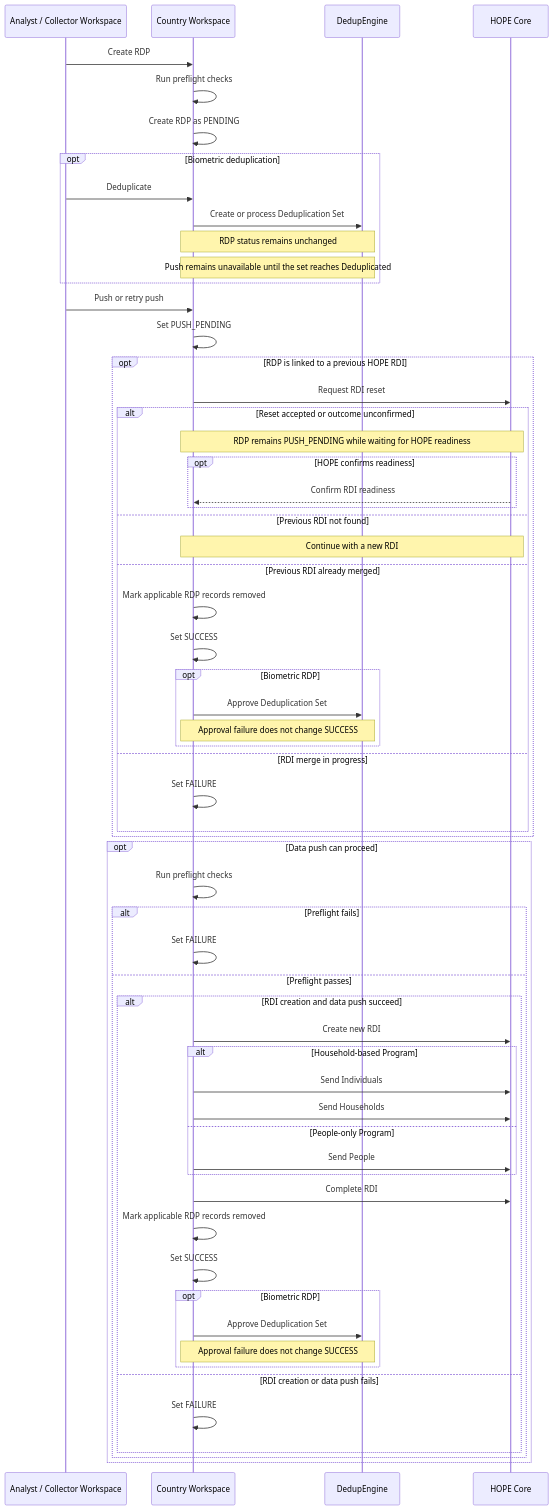
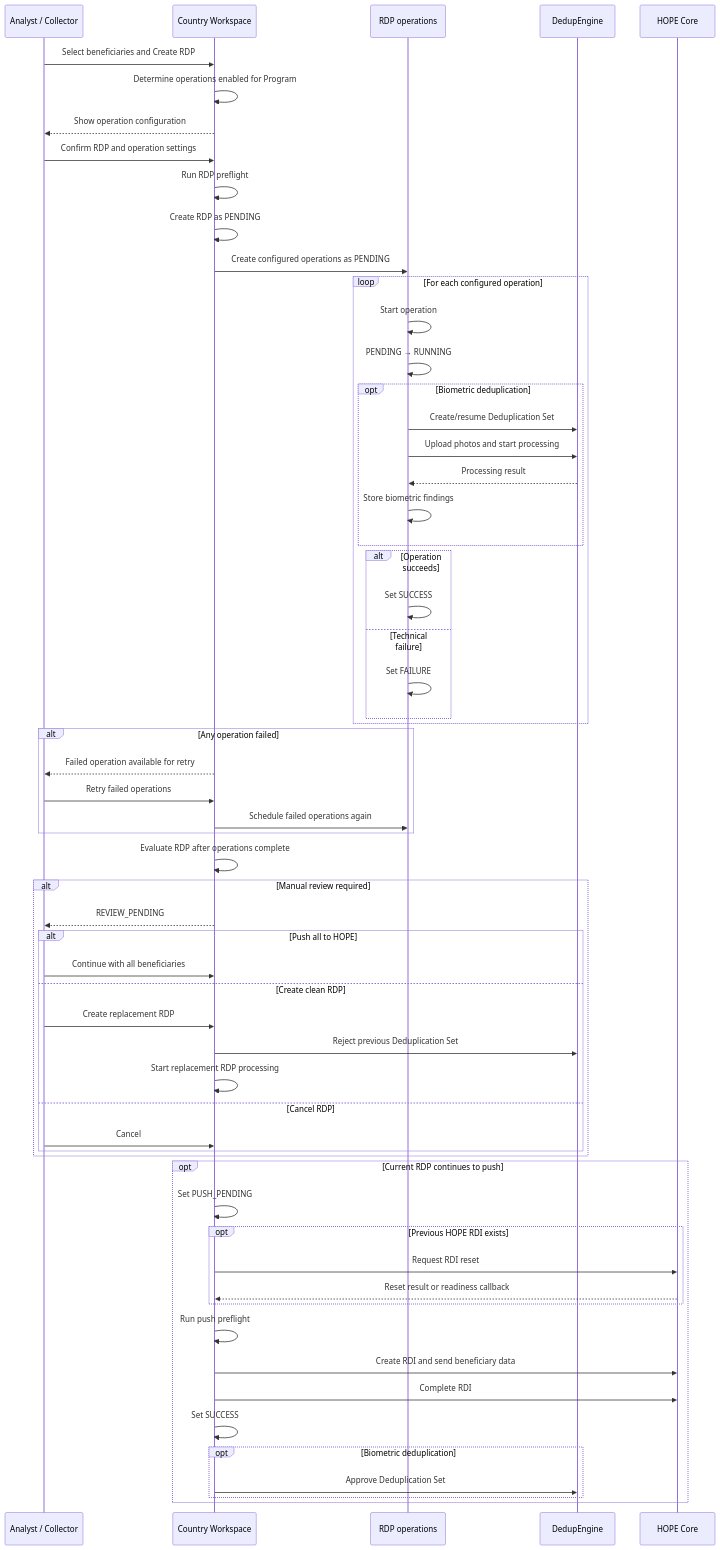
Before and after one commit to unicef/hope-country-workspace: the diagram in docs/src/rdp/processing.md, drawn with Mermaid. The commit also changed other lines of this file and 131 other files, not shown here.

Commit message:
Add RDP biometric review flow and generic operations (#467)

````diff
--- a/docs/src/rdp/processing.md
+++ b/docs/src/rdp/processing.md
@@ -8,75 +9,75 @@
 ```mermaid
 sequenceDiagram
-    participant Workspace as Analyst / Collector Workspace
+    participant User as Analyst / Collector
     participant CW as Country Workspace
+    participant OP as RDP operations
     participant DE as DedupEngine
     participant HOPE as HOPE Core
 
-    Workspace->>CW: Create RDP
-    CW->>CW: Run preflight checks
+    User->>CW: Select beneficiaries and Create RDP
+    CW->>CW: Determine operations enabled for Program
+    CW-->>User: Show operation configuration
+    User->>CW: Confirm RDP and operation settings
+
+    CW->>CW: Run RDP preflight
     CW->>CW: Create RDP as PENDING
+    CW->>OP: Create configured operations as PENDING
 
-    opt Biometric deduplication
-        Workspace->>CW: Deduplicate
-        CW->>DE: Create or process Deduplication Set
-        Note over CW,DE: RDP status remains unchanged
-        Note over CW,DE: Push remains unavailable until the set reaches Deduplicated
-    end
+    loop For each configured operation
+        OP->>OP: Start operation
+        OP->>OP: PENDING → RUNNING
 
-    Workspace->>CW: Push or retry push
-    CW->>CW: Set PUSH_PENDING
+        opt Biometric deduplication
+            OP->>DE: Create/resume Deduplication Set
+            OP->>DE: Upload photos and start processing
+            DE-->>OP: Processing result
+            OP->>OP: Store biometric findings
+        end
 
-    opt RDP is linked to a previous HOPE RDI
-        CW->>HOPE: Request RDI reset
-
-        alt Reset accepted or outcome unconfirmed
-            Note over CW,HOPE: RDP remains PUSH_PENDING while waiting for HOPE readiness
-
-            opt HOPE confirms readiness
-                HOPE-->>CW: Confirm RDI readiness
-            end
-        else Previous RDI not found
-            Note over CW,HOPE: Continue with a new RDI
-        else Previous RDI already merged
-            CW->>CW: Mark applicable RDP records removed
-            CW->>CW: Set SUCCESS
-
-            opt Biometric RDP
-                CW->>DE: Approve Deduplication Set
-                Note over CW,DE: Approval failure does not change SUCCESS
-            end
-        else RDI merge in progress
-            CW->>CW: Set FAILURE
+        alt Operation succeeds
+            OP->>OP: Set SUCCESS
+        else Technical failure
+            OP->>OP: Set FAILURE
         end
     end
 
-    opt Data push can proceed
-        CW->>CW: Run preflight checks
+    alt Any operation failed
+        CW-->>User: Failed operation available for retry
+        User->>CW: Retry failed operations
+        CW->>OP: Schedule failed operations again
+    end
 
-        alt Preflight fails
-            CW->>CW: Set FAILURE
-        else Preflight passes
-            alt RDI creation and data push succeed
-                CW->>HOPE: Create new RDI
+    CW->>CW: Evaluate RDP after operations complete
 
-                alt Household-based Program
-                    CW->>HOPE: Send Individuals
-                    CW->>HOPE: Send Households
-                else People-only Program
-                    CW->>HOPE: Send People
-                end
+    alt Manual review required
+        CW-->>User: REVIEW_PENDING
 
-                CW->>HOPE: Complete RDI
-                CW->>CW: Mark applicable RDP records removed
-                CW->>CW: Set SUCCESS
+        alt Push all to HOPE
+            User->>CW: Continue with all beneficiaries
+        else Create clean RDP
+            User->>CW: Create replacement RDP
+            CW->>DE: Reject previous Deduplication Set
+            CW->>CW: Start replacement RDP processing
+        else Cancel RDP
+            User->>CW: Cancel
+        end
+    end
 
-                opt Biometric RDP
-                    CW->>DE: Approve Deduplication Set
-                    Note over CW,DE: Approval failure does not change SUCCESS
-                end
-            else RDI creation or data push fails
-                CW->>CW: Set FAILURE
-            end
+    opt Current RDP continues to push
+        CW->>CW: Set PUSH_PENDING
+
+        opt Previous HOPE RDI exists
+            CW->>HOPE: Request RDI reset
+            HOPE-->>CW: Reset result or readiness callback
+        end
+
+        CW->>CW: Run push preflight
+        CW->>HOPE: Create RDI and send beneficiary data
+        CW->>HOPE: Complete RDI
+        CW->>CW: Set SUCCESS
+
+        opt Biometric deduplication
+            CW->>DE: Approve Deduplication Set
         end
     end
 ```
````
